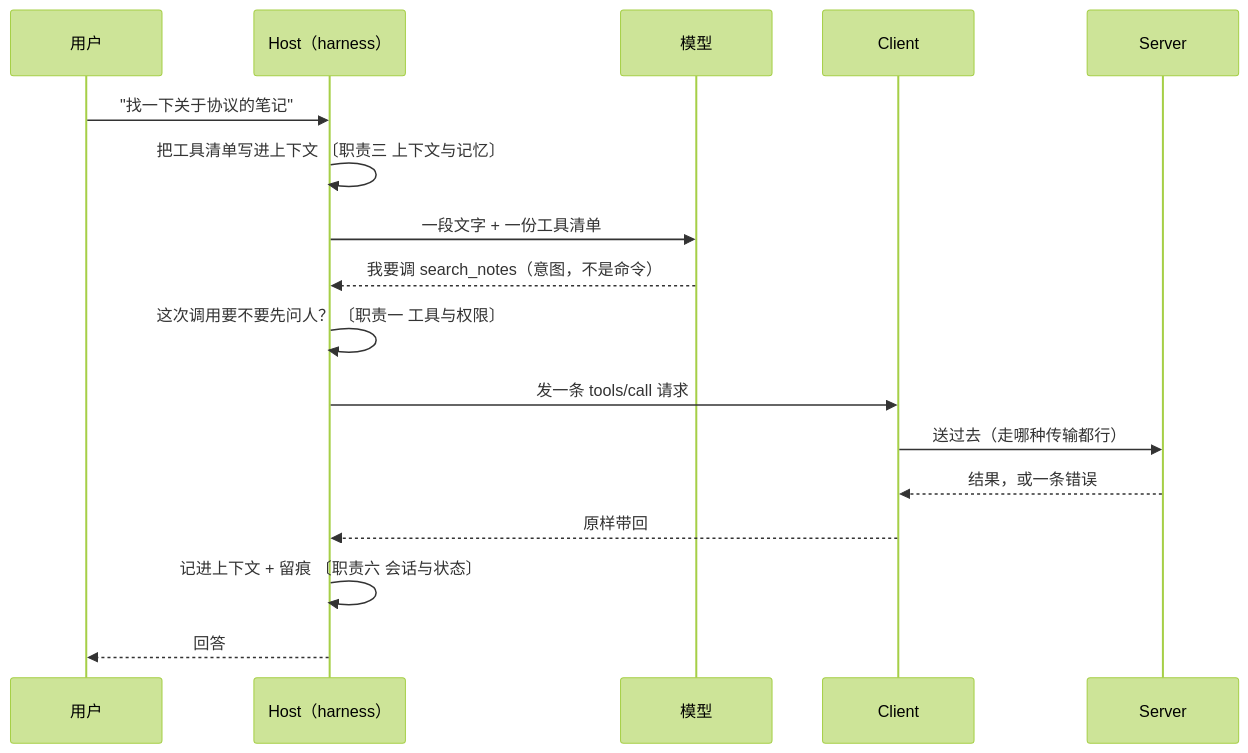
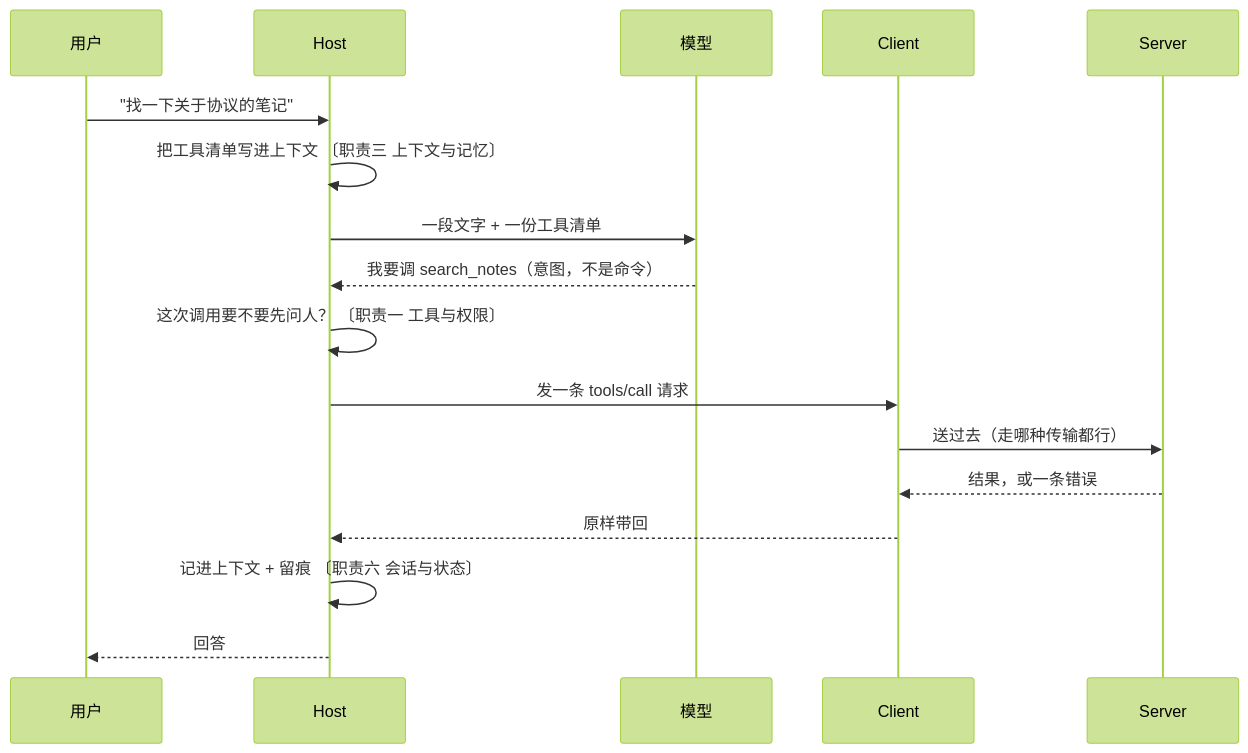
The second of 3 diagrams in part-4-harness工程/ch18-mcp协议.md (Laughingtt/agentkit), drawn with Mermaid (forest theme) before and after one commit. The commit also changed other lines of this file, not shown here.

First line of the commit message:
Ch18: 把"没有任何功能被移除"限定在弃用流程内，补上漏掉的第三项，对齐往返图，修掉两处指错的交叉引用

````diff
--- a/part-4-harness工程/ch18-mcp协议.md
+++ b/part-4-harness工程/ch18-mcp协议.md
@@ -121,20 +121,20 @@
 ```mermaid
 sequenceDiagram
     participant U as 用户
-    participant H as Host（harness）
+    participant H as Host
     participant M as 模型
     participant C as Client
     participant S as Server
 
     U->>H: "找一下关于协议的笔记"
     H->>H: 把工具清单写进上下文        〔职责三 上下文与记忆〕
     H->>M: 一段文字 + 一份工具清单
     M-->>H: 我要调 search_notes（意图，不是命令）
     H->>H: 这次调用要不要先问人？      〔职责一 工具与权限〕
     H->>C: 发一条 tools/call 请求
     C->>S: 送过去（走哪种传输都行）
     S-->>C: 结果，或一条错误
     C-->>H: 原样带回
     H->>H: 记进上下文 + 留痕          〔职责六 会话与状态〕
     H-->>U: 回答
 ```
````
